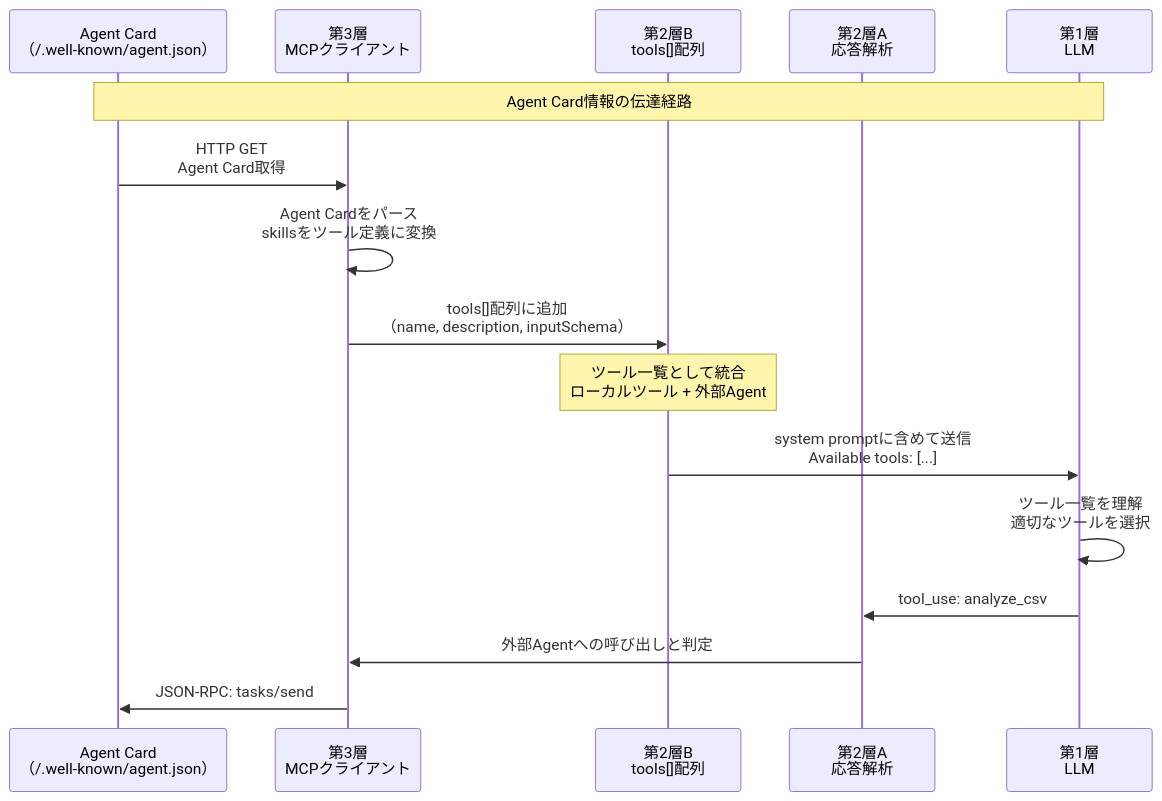
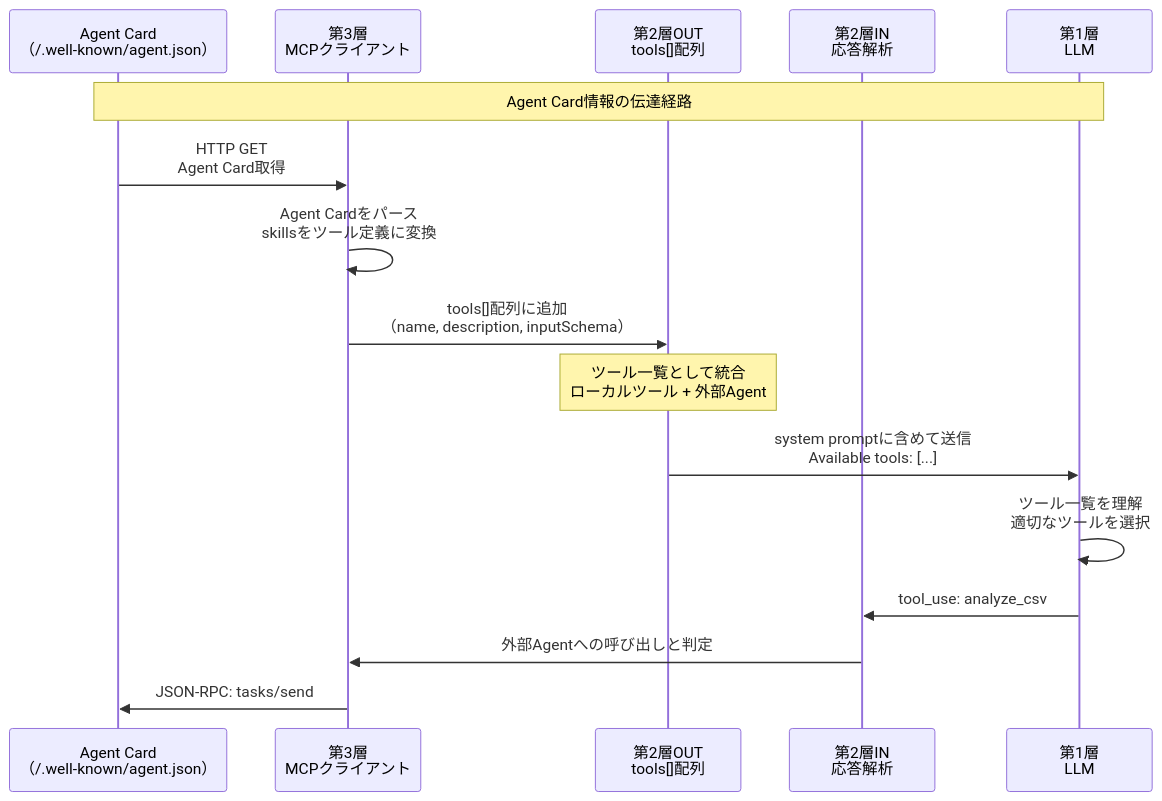
The eighth of 15 diagrams in books/ai-agent-layered-map/04-1-agent-collaboration.md (fsitlab/zenn), drawn with Mermaid before and after one commit. The commit also changed other lines of this file and 12 other files, not shown here.

````diff
--- a/books/ai-agent-layered-map/04-1-agent-collaboration.md
+++ b/books/ai-agent-layered-map/04-1-agent-collaboration.md
@@ -441,25 +441,25 @@
 ```mermaid
 sequenceDiagram
     participant AC as Agent Card<br/>（/.well-known/agent.json）
     participant MCP as 第3層<br/>MCPクライアント
-    participant Tools as 第2層B<br/>tools[]配列
-    participant Layer2A as 第2層A<br/>応答解析
+    participant Tools as 第2層OUT<br/>tools[]配列
+    participant Layer2A as 第2層IN<br/>応答解析
     participant LLM as 第1層<br/>LLM
 
     Note over AC,LLM: Agent Card情報の伝達経路
 
     AC->>MCP: HTTP GET<br/>Agent Card取得
     MCP->>MCP: Agent Cardをパース<br/>skillsをツール定義に変換
 
     MCP->>Tools: tools[]配列に追加<br/>（name, description, inputSchema）
 
     Note over Tools: ツール一覧として統合<br/>ローカルツール + 外部Agent
 
     Tools->>LLM: system promptに含めて送信<br/>Available tools: [...]
 
     LLM->>LLM: ツール一覧を理解<br/>適切なツールを選択
 
     LLM->>Layer2A: tool_use: analyze_csv
     Layer2A->>MCP: 外部Agentへの呼び出しと判定
     MCP->>AC: JSON-RPC: tasks/send
 ```
````
